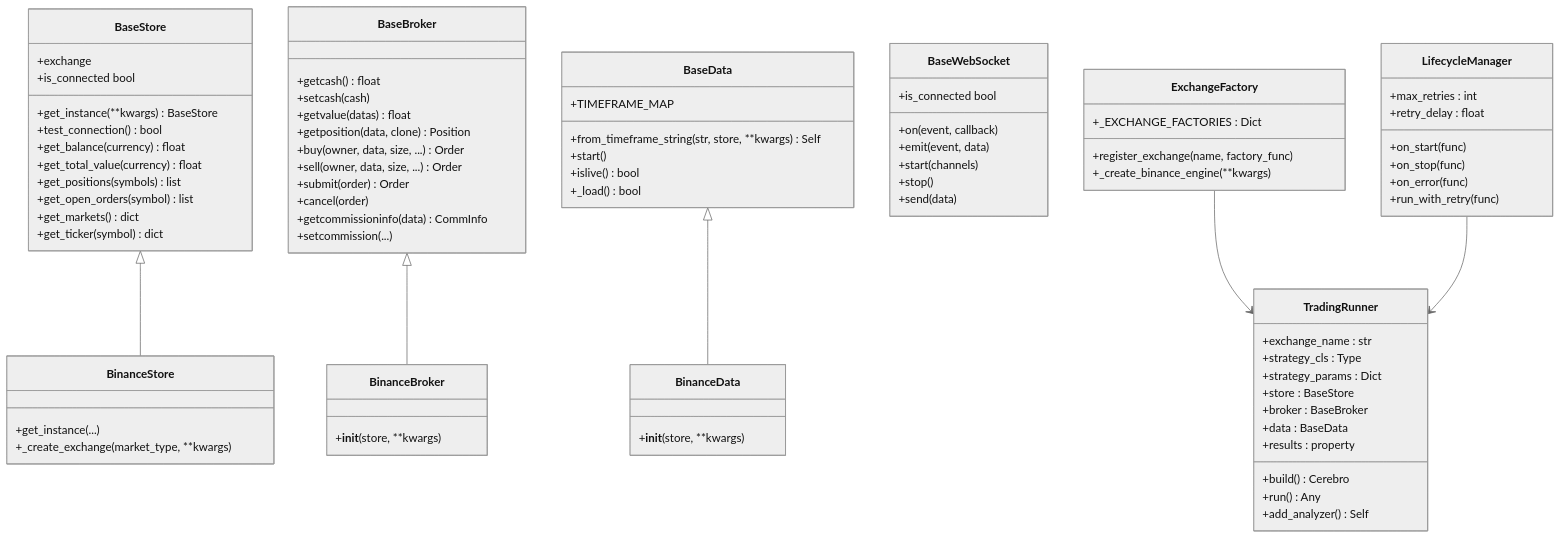
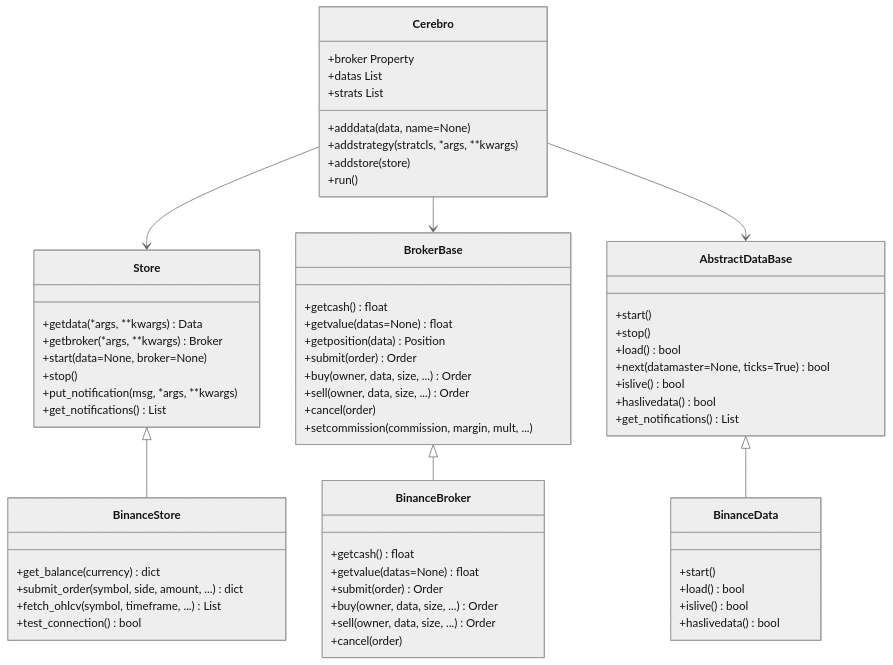
The second of 8 diagrams in .qoder/repowiki/zh/content/实盘交易模块/架构设计概览.md (bench-prog/backtrader), drawn with Mermaid (neutral theme) before and after one commit. The commit also changed other lines of this file and 23 other files, not shown here.

````diff
--- a/.qoder/repowiki/zh/content/实盘交易模块/架构设计概览.md
+++ b/.qoder/repowiki/zh/content/实盘交易模块/架构设计概览.md
@@ -118,82 +107,65 @@
 ```mermaid
 classDiagram
-class BaseStore {
-+get_instance(**kwargs) BaseStore
-+test_connection() bool
-+get_balance(currency) float
-+get_total_value(currency) float
-+get_positions(symbols) list
-+get_open_orders(symbol) list
-+get_markets() dict
-+get_ticker(symbol) dict
-+exchange
-+is_connected bool
+class Store {
++getdata(*args, **kwargs) Data
++getbroker(*args, **kwargs) Broker
++start(data=None, broker=None)
++stop()
++put_notification(msg, *args, **kwargs)
++get_notifications() List
 }
-class BaseBroker {
+class BrokerBase {
 +getcash() float
-+setcash(cash)
-+getvalue(datas) float
-+getposition(data, clone) Position
++getvalue(datas=None) float
++getposition(data) Position
++submit(order) Order
 +buy(owner, data, size, ...) Order
 +sell(owner, data, size, ...) Order
-+submit(order) Order
 +cancel(order)
-+getcommissioninfo(data) CommInfo
-+setcommission(...)
++setcommission(commission, margin, mult, ...)
 }
-class BaseData {
-+from_timeframe_string(str, store, **kwargs) Self
+class AbstractDataBase {
 +start()
++stop()
++load() bool
++next(datamaster=None, ticks=True) bool
 +islive() bool
-+_load() bool
-+TIMEFRAME_MAP
++haslivedata() bool
++get_notifications() List
 }
-class BaseWebSocket {
-+on(event, callback)
-+emit(event, data)
-+start(channels)
-+stop()
-+send(data)
-+is_connected bool
+class Cerebro {
++adddata(data, name=None)
++addstrategy(stratcls, *args, **kwargs)
++addstore(store)
++run()
++broker Property
++datas List
++strats List
 }
 class BinanceStore {
-+get_instance(...)
-+_create_exchange(market_type, **kwargs)
++get_balance(currency) dict
++submit_order(symbol, side, amount, ...) dict
++fetch_ohlcv(symbol, timeframe, ...) List
++test_connection() bool
 }
 class BinanceBroker {
-+__init__(store, **kwargs)
++getcash() float
++getvalue(datas=None) float
++submit(order) Order
++buy(owner, data, size, ...) Order
++sell(owner, data, size, ...) Order
++cancel(order)
 }
 class BinanceData {
-+__init__(store, **kwargs)
++start()
++load() bool
++islive() bool
++haslivedata() bool
 }
-class TradingRunner {
-+exchange_name : str
-+strategy_cls : Type
-+strategy_params : Dict
-+store : BaseStore
-+broker : BaseBroker
-+data : BaseData
-+build() Cerebro
-+run() Any
-+add_analyzer() Self
-+results : property
-}
-class ExchangeFactory {
-+_EXCHANGE_FACTORIES : Dict
-+register_exchange(name, factory_func)
-+_create_binance_engine(**kwargs)
-}
-class LifecycleManager {
-+max_retries : int
-+retry_delay : float
-+on_start(func)
-+on_stop(func)
-+on_error(func)
-+run_with_retry(func)
-}
-BaseStore <|-- BinanceStore
-BaseBroker <|-- BinanceBroker
-BaseData <|-- BinanceData
-ExchangeFactory --> TradingRunner
-LifecycleManager --> TradingRunner
+Store <|-- BinanceStore
+BrokerBase <|-- BinanceBroker
+AbstractDataBase <|-- BinanceData
+Cerebro --> Store
+Cerebro --> BrokerBase
+Cerebro --> AbstractDataBase
 ```
````
